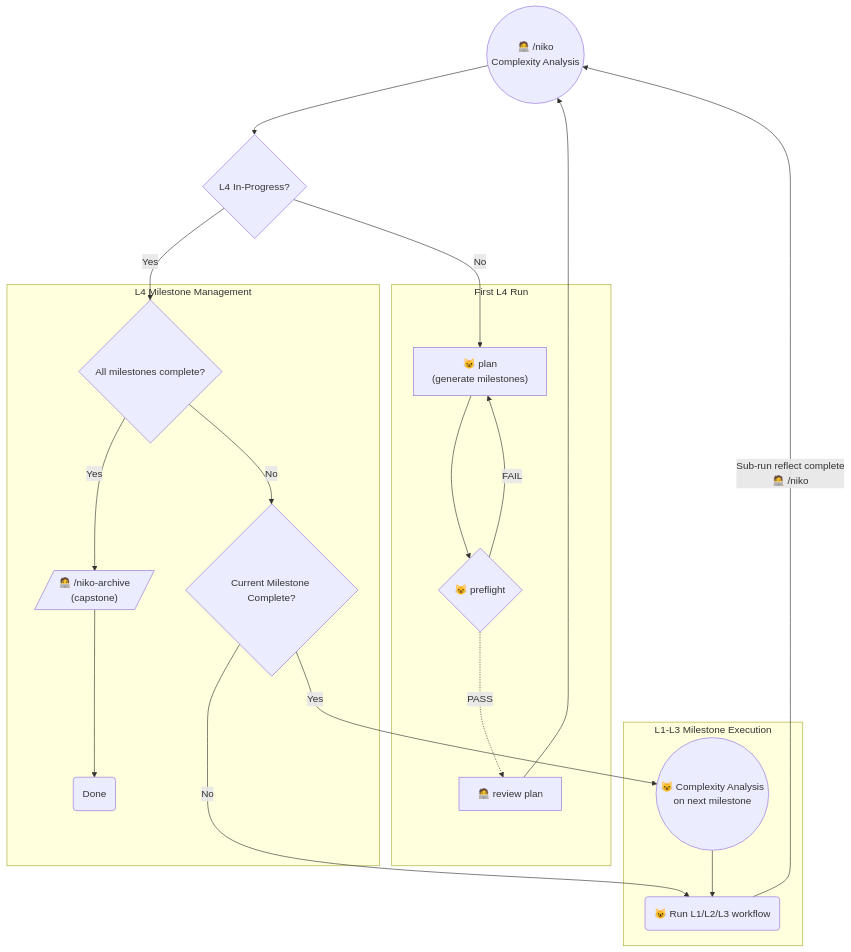
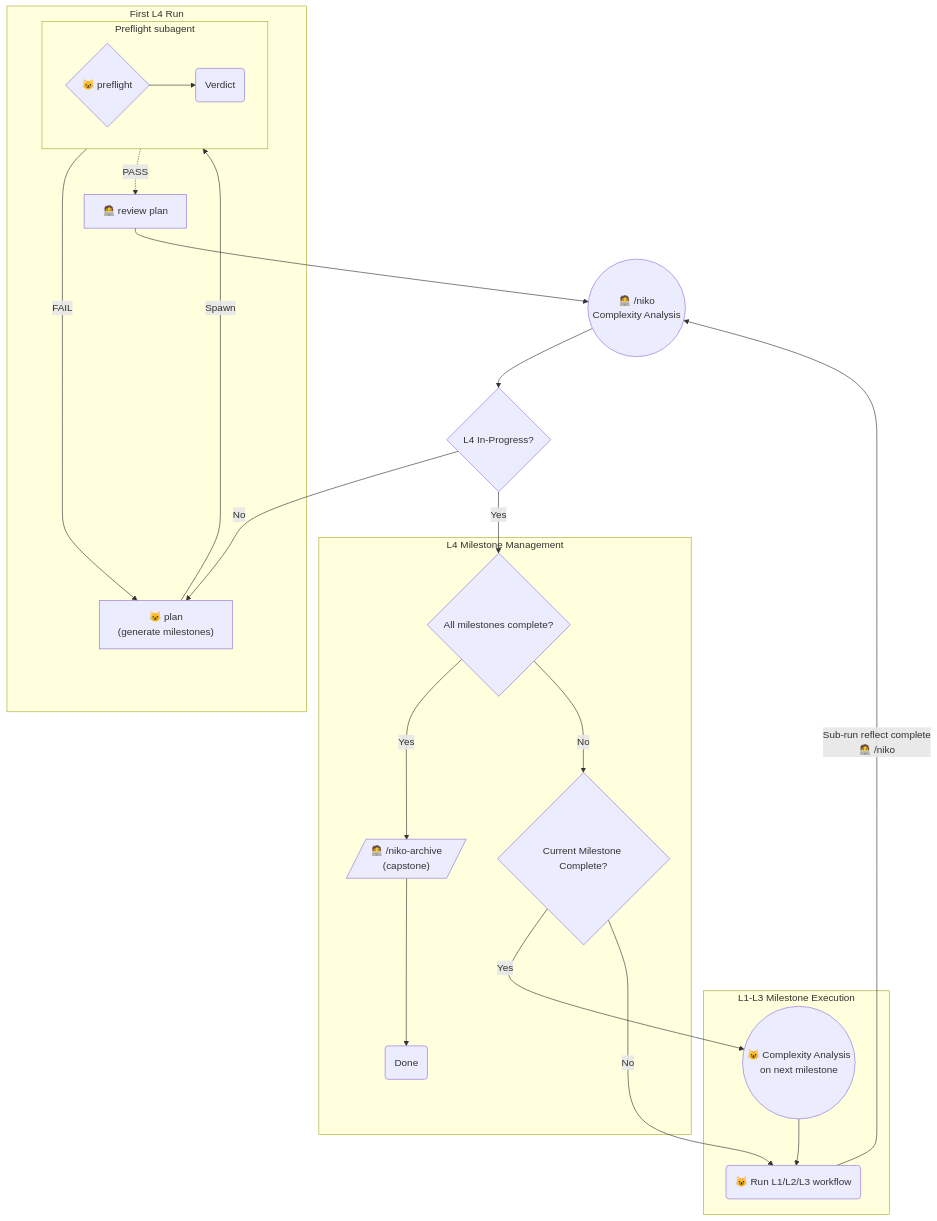
The sixth of 6 diagrams in rulesets/niko/README.md (Texarkanine/.cursor-rules), drawn with Mermaid before and after one commit. The commit also changed other lines of this file and 27 other files, not shown here.

Commit message:
feat(niko): spawn verification subagents for preflight and QA (#108)

````diff
--- a/rulesets/niko/README.md
+++ b/rulesets/niko/README.md
@@ -249,44 +280,47 @@
 ```mermaid
 graph TD
 
     Start(("🧑‍💻 /niko<br>Complexity Analysis"))
     CheckIfMilestones{"L4 In-Progress?"}
 
     subgraph Init["First L4 Run"]
         NikoPlan["😺 plan<br>(generate milestones)"]
-        NikoPreflight{"😺 preflight"}
         ManualReview["🧑‍💻 review plan"]
+        NikoPlan --Spawn--> NikoPreflight
+        subgraph PreflightSubagent["Preflight subagent"]
+            direction LR
+            NikoPreflight{"😺 preflight"} --> PreflightVerdict("Verdict")
+        end
+        PreflightVerdict -->|"FAIL"| NikoPlan
+        PreflightVerdict -.->|"PASS"| ManualReview
     end
 
     subgraph ReEntry["L4 Milestone Management"]
         CheckMilestoneCompletion{"All milestones complete?"}
         Capstone[/"🧑‍💻 /niko-archive<br>(capstone)"/]
         Capstone -->Done("Done")
         PrevDone{"Current Milestone Complete?"}
     end
 
     subgraph SubWorkflow["L1-L3 Milestone Execution"]
         NextSub(("😺 Complexity Analysis<br>on next milestone"))
         SubRun("😺 Run L1/L2/L3 workflow")
     end
 
     Start --> CheckIfMilestones
 
     CheckIfMilestones -->|"No"| NikoPlan
-    NikoPlan --> NikoPreflight
-    NikoPreflight -->|"FAIL"| NikoPlan
 
-    NikoPreflight -.->|"PASS"| ManualReview
     ManualReview --> Start
 
     CheckIfMilestones -->|"Yes"| CheckMilestoneCompletion
     CheckMilestoneCompletion -->|"Yes"| Capstone
 
     CheckMilestoneCompletion -->|"No"| PrevDone
     PrevDone --"Yes"--> NextSub
 
     PrevDone --"No"--> SubRun
 
     NextSub --> SubRun
     SubRun -->|"Sub-run reflect complete<br>🧑‍💻 /niko"| Start
 ```
````
